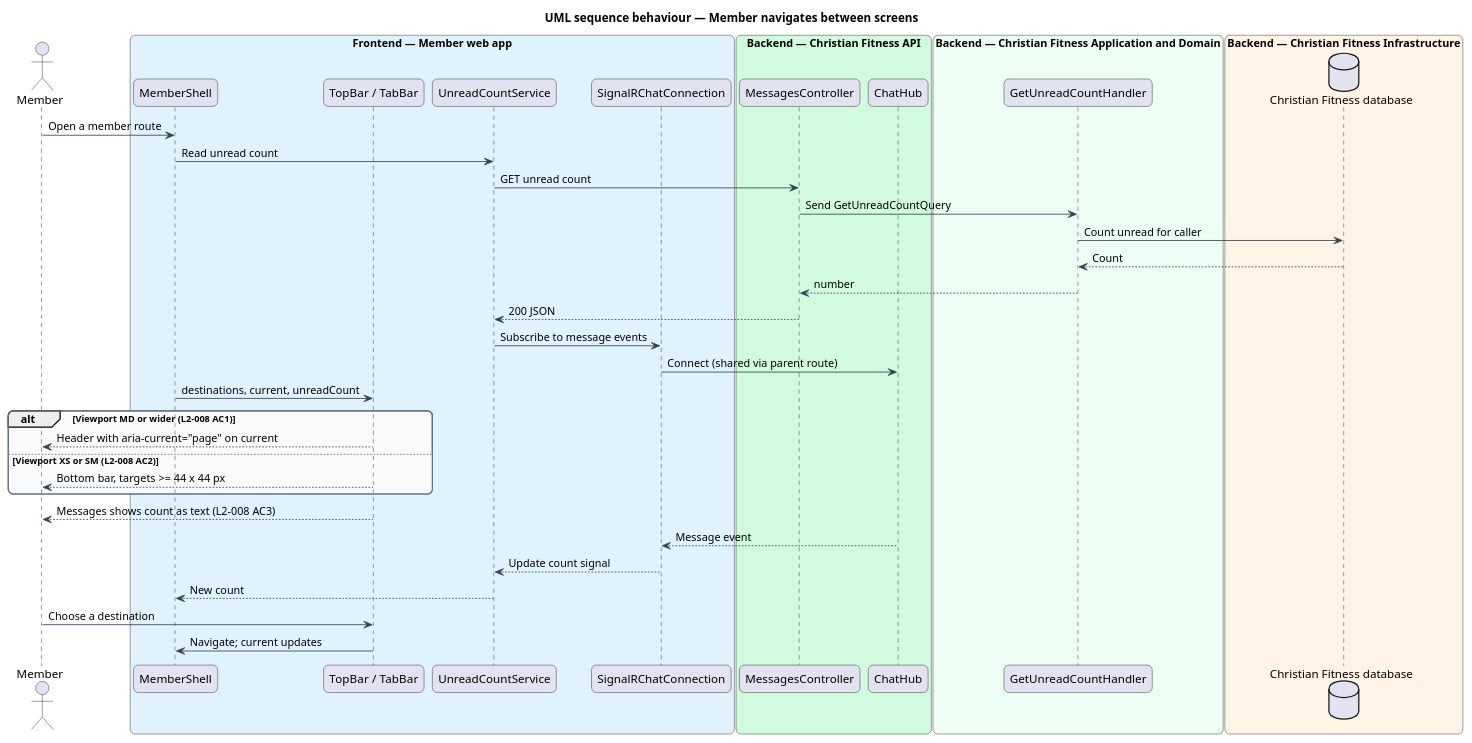
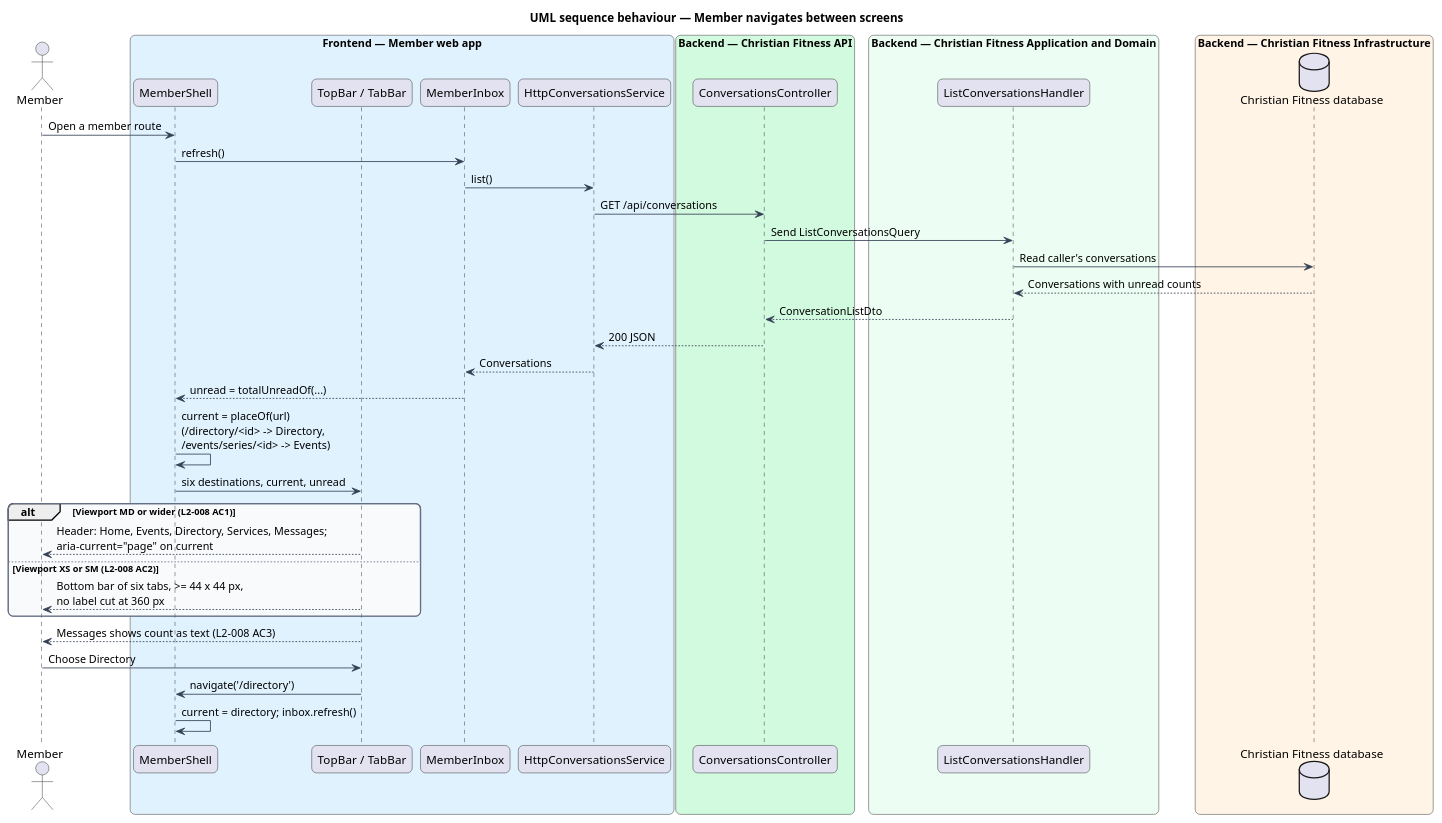
Before and after one commit to QuinntyneBrown/christian-fitness: the diagram in docs/detailed-designs/member-home/navigate-member-app/diagrams/sequence-navigate.puml, drawn with PlantUML. The commit also changed 84 other files, not shown here.

```diff
--- a/docs/detailed-designs/member-home/navigate-member-app/diagrams/sequence-navigate.puml
+++ b/docs/detailed-designs/member-home/navigate-member-app/diagrams/sequence-navigate.puml
@@ -1,56 +1,55 @@
 @startuml
 title UML sequence behaviour — Member navigates between screens
 skinparam backgroundColor #FFFFFF
 skinparam shadowing false
 skinparam roundcorner 12
 skinparam defaultFontName Arial
 skinparam ArrowColor #344054
 skinparam rectangle {
   BorderColor #344054
   FontColor #101828
 }
 skinparam package {
   BorderColor #667085
   FontColor #101828
   BackgroundColor #F9FAFB
 }
 actor "Member" as actor
 box "Frontend — Member web app" #E0F2FE
   participant "MemberShell" as shell
   participant "TopBar / TabBar" as nav
-  participant "UnreadCountService" as svc
-  participant "SignalRChatConnection" as conn
+  participant "MemberInbox" as inbox
+  participant "HttpConversationsService" as client
 end box
 box "Backend — Christian Fitness API" #D1FADF
-  participant "MessagesController" as ctrl
-  participant "ChatHub" as hub
+  participant "ConversationsController" as ctrl
 end box
 box "Backend — Christian Fitness Application and Domain" #ECFDF3
-  participant "GetUnreadCountHandler" as h
+  participant "ListConversationsHandler" as h
 end box
 box "Backend — Christian Fitness Infrastructure" #FFF4E5
   database "Christian Fitness database" as db
 end box
 actor -> shell : Open a member route
-shell -> svc : Read unread count
-svc -> ctrl : GET unread count
-ctrl -> h : Send GetUnreadCountQuery
-h -> db : Count unread for caller
-db --> h : Count
-h --> ctrl : number
-ctrl --> svc : 200 JSON
-svc -> conn : Subscribe to message events
-conn -> hub : Connect (shared via parent route)
-shell -> nav : destinations, current, unreadCount
+shell -> inbox : refresh()
+inbox -> client : list()
+client -> ctrl : GET /api/conversations
+ctrl -> h : Send ListConversationsQuery
+h -> db : Read caller's conversations
+db --> h : Conversations with unread counts
+h --> ctrl : ConversationListDto
+ctrl --> client : 200 JSON
+client --> inbox : Conversations
+inbox --> shell : unread = totalUnreadOf(...)
+shell -> shell : current = placeOf(url)\n(/directory/<id> -> Directory,\n/events/series/<id> -> Events)
+shell -> nav : six destinations, current, unread
 alt Viewport MD or wider (L2-008 AC1)
-  nav --> actor : Header with aria-current="page" on current
+  nav --> actor : Header: Home, Events, Directory, Services, Messages;\naria-current="page" on current
 else Viewport XS or SM (L2-008 AC2)
-  nav --> actor : Bottom bar, targets >= 44 x 44 px
+  nav --> actor : Bottom bar of six tabs, >= 44 x 44 px,\nno label cut at 360 px
 end
 nav --> actor : Messages shows count as text (L2-008 AC3)
-hub --> conn : Message event
-conn --> svc : Update count signal
-svc --> shell : New count
-actor -> nav : Choose a destination
-nav -> shell : Navigate; current updates
+actor -> nav : Choose Directory
+nav -> shell : navigate('/directory')
+shell -> shell : current = directory; inbox.refresh()
 @enduml
```
